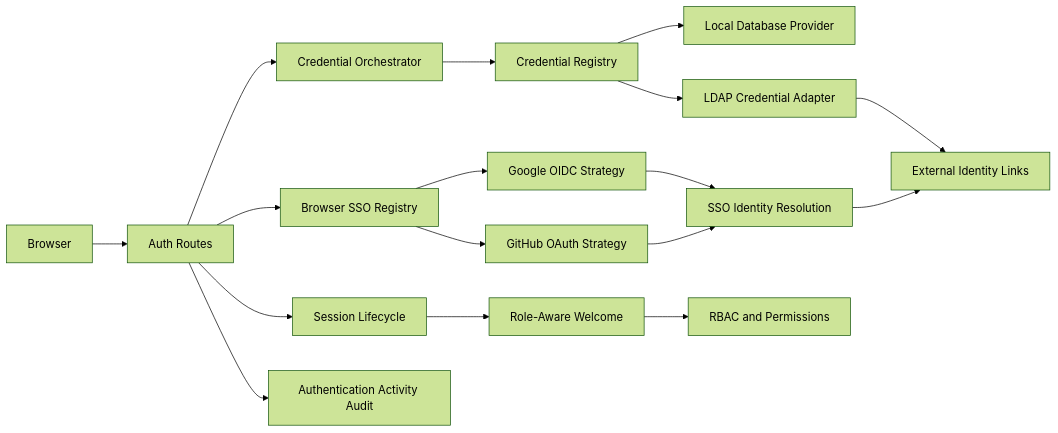
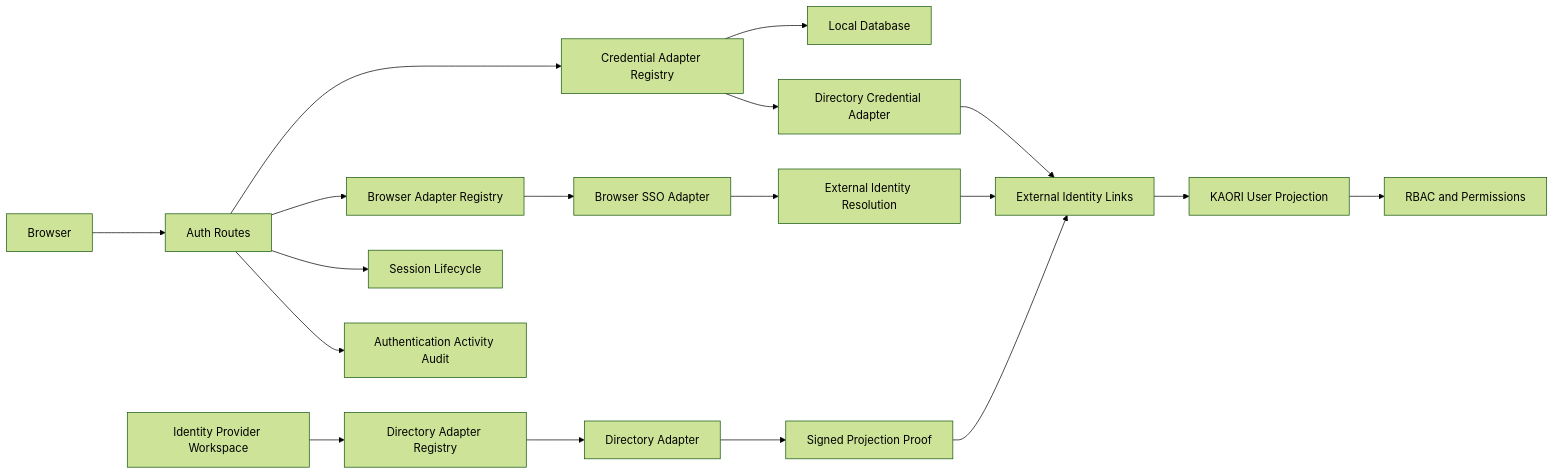
Before and after one commit to OXY7O/KAORI: the diagram in docs/authentication/AUTHENTICATION_ARCHITECTURE.md, drawn with Mermaid (forest theme). The commit also changed other lines of this file and 113 other files, not shown here.

Commit message:
refactor(access): generalize identity provider architecture

````diff
--- a/docs/authentication/AUTHENTICATION_ARCHITECTURE.md
+++ b/docs/authentication/AUTHENTICATION_ARCHITECTURE.md
@@ -14,21 +24,24 @@
 ```mermaid
 flowchart LR
-    Browser --> Routes[Auth Routes]
-    Routes --> CredentialService[Credential Orchestrator]
-    CredentialService --> CredentialRegistry[Credential Registry]
-    CredentialRegistry --> Database[Local Database Provider]
-    CredentialRegistry --> LDAP[LDAP Credential Adapter]
+    Browser --> AuthRoutes[Auth Routes]
+    AuthRoutes --> CredentialRegistry[Credential Adapter Registry]
+    AuthRoutes --> BrowserRegistry[Browser Adapter Registry]
 
-    Routes --> BrowserRegistry[Browser SSO Registry]
-    BrowserRegistry --> Google[Google OIDC Strategy]
-    BrowserRegistry --> GitHub[GitHub OAuth Strategy]
-    Google --> IdentityResolution[SSO Identity Resolution]
-    GitHub --> IdentityResolution
+    CredentialRegistry --> LocalDatabase[Local Database]
+    CredentialRegistry --> DirectoryCredential[Directory Credential Adapter]
 
-    LDAP --> IdentityLinks[External Identity Links]
+    BrowserRegistry --> BrowserAdapter[Browser SSO Adapter]
+    BrowserAdapter --> IdentityResolution[External Identity Resolution]
+    DirectoryCredential --> IdentityLinks[External Identity Links]
     IdentityResolution --> IdentityLinks
-    Routes --> Session[Session Lifecycle]
-    Routes --> Audit[Authentication Activity Audit]
-    Session --> Welcome[Role-Aware Welcome]
-    Welcome --> RBAC[RBAC and Permissions]
+
+    Admin[Identity Provider Workspace] --> DirectoryRegistry[Directory Adapter Registry]
+    DirectoryRegistry --> DirectoryAdapter[Directory Adapter]
+    DirectoryAdapter --> ProjectionProof[Signed Projection Proof]
+    ProjectionProof --> IdentityLinks
+
+    IdentityLinks --> UserProjection[KAORI User Projection]
+    AuthRoutes --> Session[Session Lifecycle]
+    UserProjection --> RBAC[RBAC and Permissions]
+    AuthRoutes --> Audit[Authentication Activity Audit]
 ```
````
